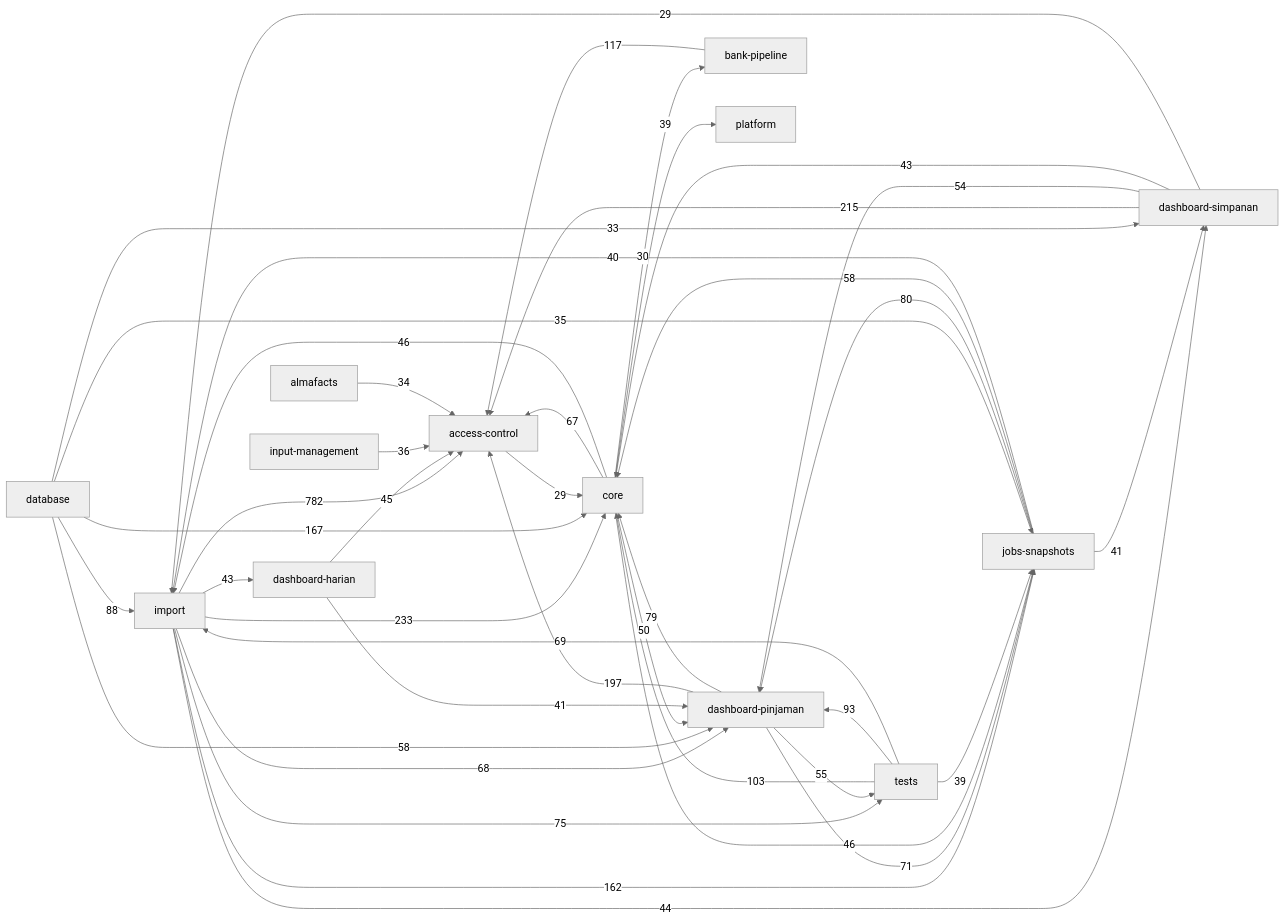
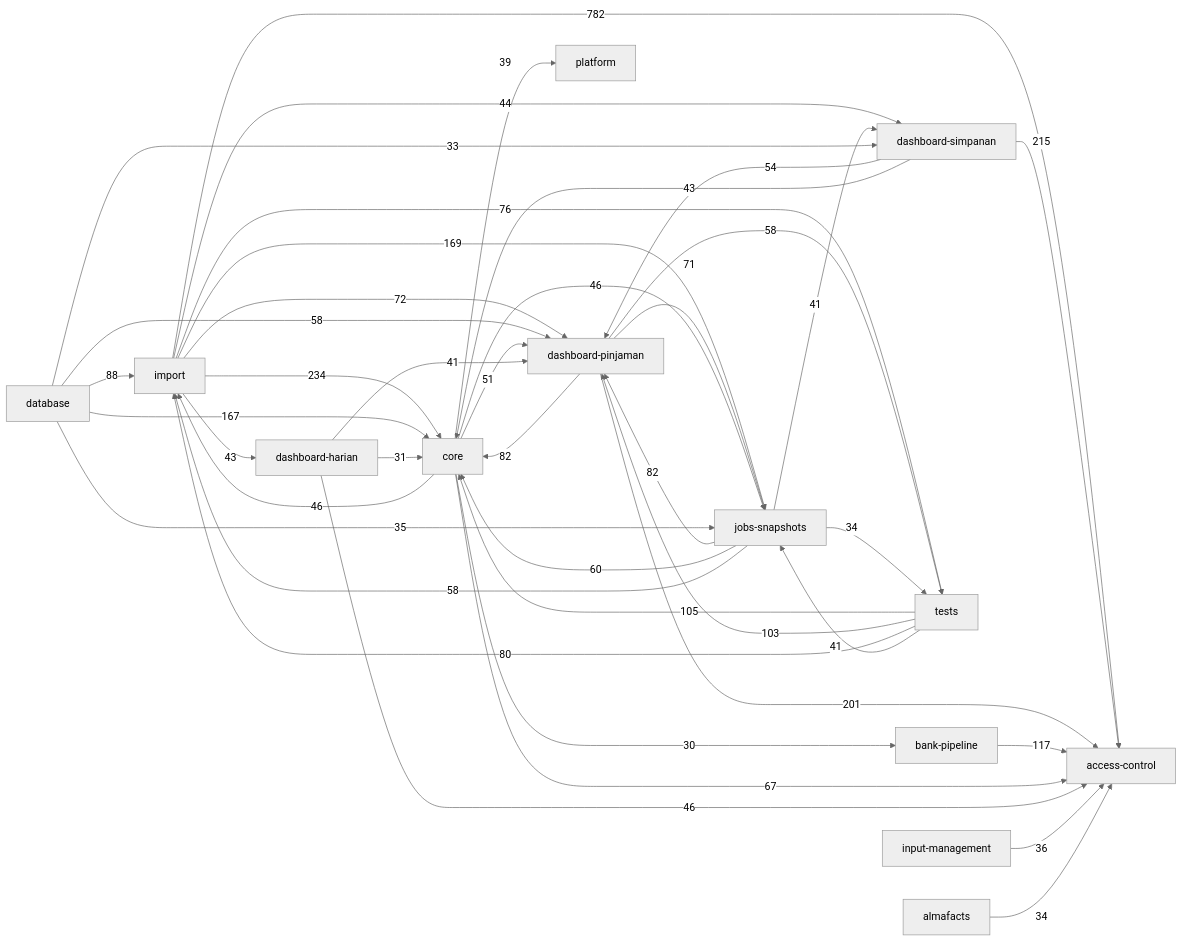
Before and after one commit to RizalloN/project-abah: the diagram in docs/knowledge-graph/ARCHITECTURE.md, drawn with Mermaid (neutral theme). The commit also changed other lines of this file and 114 other files, not shown here.

````diff
--- a/docs/knowledge-graph/ARCHITECTURE.md
+++ b/docs/knowledge-graph/ARCHITECTURE.md
@@ -5,43 +5,43 @@
 ```mermaid
 flowchart LR
     d_d942f64886["import"] -->|782| d_c393a69167["access-control"]
-    d_d942f64886["import"] -->|233| d_0d45f5fd46["core"]
+    d_d942f64886["import"] -->|234| d_0d45f5fd46["core"]
     d_90026ec21f["dashboard-simpanan"] -->|215| d_c393a69167["access-control"]
-    d_c1933689a3["dashboard-pinjaman"] -->|197| d_c393a69167["access-control"]
+    d_c1933689a3["dashboard-pinjaman"] -->|201| d_c393a69167["access-control"]
+    d_d942f64886["import"] -->|169| d_7c16aa6a77["jobs-snapshots"]
     d_3549b0028b["database"] -->|167| d_0d45f5fd46["core"]
-    d_d942f64886["import"] -->|162| d_7c16aa6a77["jobs-snapshots"]
     d_39bcb775e4["bank-pipeline"] -->|117| d_c393a69167["access-control"]
-    d_59830ebc3a["tests"] -->|103| d_0d45f5fd46["core"]
-    d_59830ebc3a["tests"] -->|93| d_c1933689a3["dashboard-pinjaman"]
+    d_59830ebc3a["tests"] -->|105| d_0d45f5fd46["core"]
+    d_59830ebc3a["tests"] -->|103| d_c1933689a3["dashboard-pinjaman"]
     d_3549b0028b["database"] -->|88| d_d942f64886["import"]
-    d_7c16aa6a77["jobs-snapshots"] -->|80| d_c1933689a3["dashboard-pinjaman"]
-    d_c1933689a3["dashboard-pinjaman"] -->|79| d_0d45f5fd46["core"]
-    d_d942f64886["import"] -->|75| d_59830ebc3a["tests"]
+    d_7c16aa6a77["jobs-snapshots"] -->|82| d_c1933689a3["dashboard-pinjaman"]
+    d_c1933689a3["dashboard-pinjaman"] -->|82| d_0d45f5fd46["core"]
+    d_59830ebc3a["tests"] -->|80| d_d942f64886["import"]
+    d_d942f64886["import"] -->|76| d_59830ebc3a["tests"]
+    d_d942f64886["import"] -->|72| d_c1933689a3["dashboard-pinjaman"]
     d_c1933689a3["dashboard-pinjaman"] -->|71| d_7c16aa6a77["jobs-snapshots"]
-    d_59830ebc3a["tests"] -->|69| d_d942f64886["import"]
-    d_d942f64886["import"] -->|68| d_c1933689a3["dashboard-pinjaman"]
     d_0d45f5fd46["core"] -->|67| d_c393a69167["access-control"]
-    d_7c16aa6a77["jobs-snapshots"] -->|58| d_0d45f5fd46["core"]
+    d_7c16aa6a77["jobs-snapshots"] -->|60| d_0d45f5fd46["core"]
     d_3549b0028b["database"] -->|58| d_c1933689a3["dashboard-pinjaman"]
-    d_c1933689a3["dashboard-pinjaman"] -->|55| d_59830ebc3a["tests"]
+    d_7c16aa6a77["jobs-snapshots"] -->|58| d_d942f64886["import"]
+    d_c1933689a3["dashboard-pinjaman"] -->|58| d_59830ebc3a["tests"]
     d_90026ec21f["dashboard-simpanan"] -->|54| d_c1933689a3["dashboard-pinjaman"]
-    d_0d45f5fd46["core"] -->|50| d_c1933689a3["dashboard-pinjaman"]
+    d_0d45f5fd46["core"] -->|51| d_c1933689a3["dashboard-pinjaman"]
     d_0d45f5fd46["core"] -->|46| d_7c16aa6a77["jobs-snapshots"]
     d_0d45f5fd46["core"] -->|46| d_d942f64886["import"]
-    d_a0a49fdd98["dashboard-harian"] -->|45| d_c393a69167["access-control"]
+    d_a0a49fdd98["dashboard-harian"] -->|46| d_c393a69167["access-control"]
     d_d942f64886["import"] -->|44| d_90026ec21f["dashboard-simpanan"]
     d_90026ec21f["dashboard-simpanan"] -->|43| d_0d45f5fd46["core"]
     d_d942f64886["import"] -->|43| d_a0a49fdd98["dashboard-harian"]
     d_7c16aa6a77["jobs-snapshots"] -->|41| d_90026ec21f["dashboard-simpanan"]
     d_a0a49fdd98["dashboard-harian"] -->|41| d_c1933689a3["dashboard-pinjaman"]
-    d_7c16aa6a77["jobs-snapshots"] -->|40| d_d942f64886["import"]
+    d_59830ebc3a["tests"] -->|41| d_7c16aa6a77["jobs-snapshots"]
     d_0d45f5fd46["core"] -->|39| d_d294fcce0c["platform"]
-    d_59830ebc3a["tests"] -->|39| d_7c16aa6a77["jobs-snapshots"]
     d_b70a9d941d["input-management"] -->|36| d_c393a69167["access-control"]
     d_3549b0028b["database"] -->|35| d_7c16aa6a77["jobs-snapshots"]
     d_b89824cc5a["almafacts"] -->|34| d_c393a69167["access-control"]
+    d_7c16aa6a77["jobs-snapshots"] -->|34| d_59830ebc3a["tests"]
     d_3549b0028b["database"] -->|33| d_90026ec21f["dashboard-simpanan"]
+    d_a0a49fdd98["dashboard-harian"] -->|31| d_0d45f5fd46["core"]
     d_0d45f5fd46["core"] -->|30| d_39bcb775e4["bank-pipeline"]
-    d_c393a69167["access-control"] -->|29| d_0d45f5fd46["core"]
-    d_90026ec21f["dashboard-simpanan"] -->|29| d_d942f64886["import"]
 ```
````
